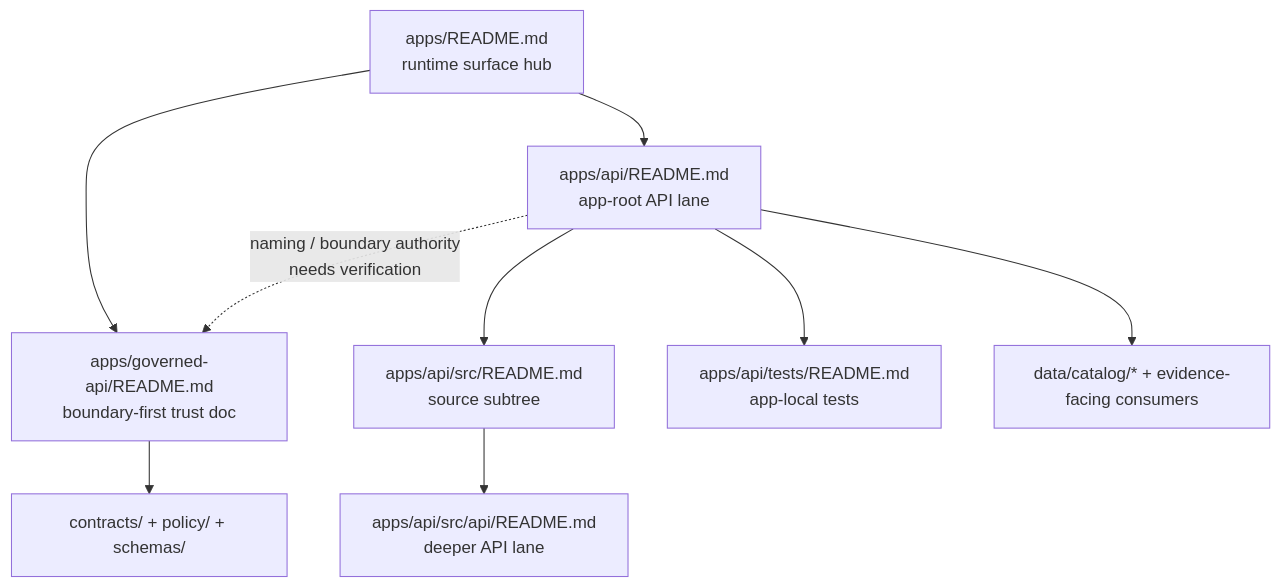
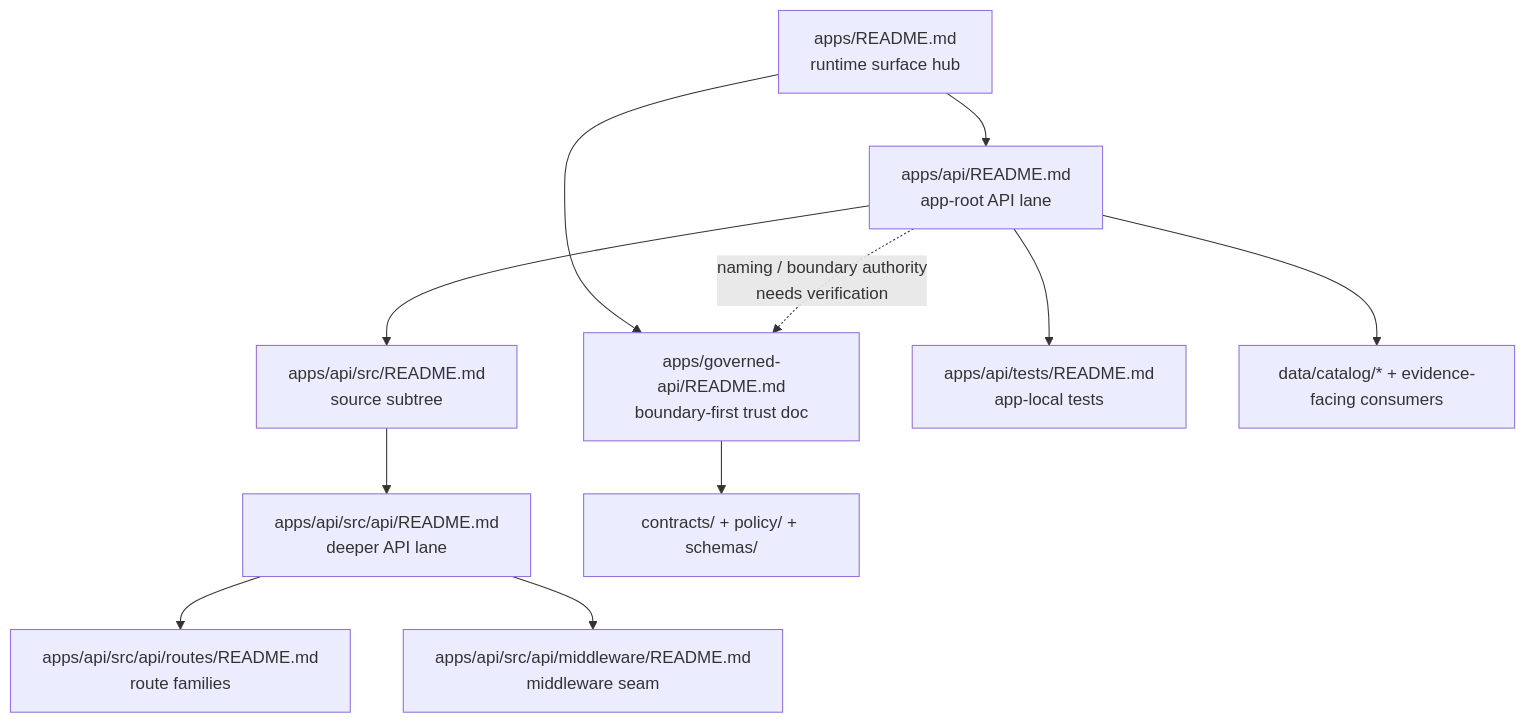
The diagram in apps/api/README.md (bartytime4life/Kansas-Frontier-Matrix), drawn with Mermaid before and after one commit. The commit also changed other lines of this file, not shown here.

````diff
--- a/apps/api/README.md
+++ b/apps/api/README.md
@@ -256,14 +282,16 @@
 ```mermaid
 flowchart TD
     A[apps/README.md<br/>runtime surface hub] --> B[apps/api/README.md<br/>app-root API lane]
     A --> C[apps/governed-api/README.md<br/>boundary-first trust doc]
 
     B -. naming / boundary authority<br/>needs verification .-> C
 
     B --> D[apps/api/src/README.md<br/>source subtree]
     D --> E[apps/api/src/api/README.md<br/>deeper API lane]
-    B --> F[apps/api/tests/README.md<br/>app-local tests]
+    E --> F[apps/api/src/api/routes/README.md<br/>route families]
+    E --> G[apps/api/src/api/middleware/README.md<br/>middleware seam]
+    B --> H[apps/api/tests/README.md<br/>app-local tests]
 
-    C --> G[contracts/ + policy/ + schemas/]
-    B --> H[data/catalog/* + evidence-facing consumers]
+    C --> I[contracts/ + policy/ + schemas/]
+    B --> J[data/catalog/* + evidence-facing consumers]
 ```
````
